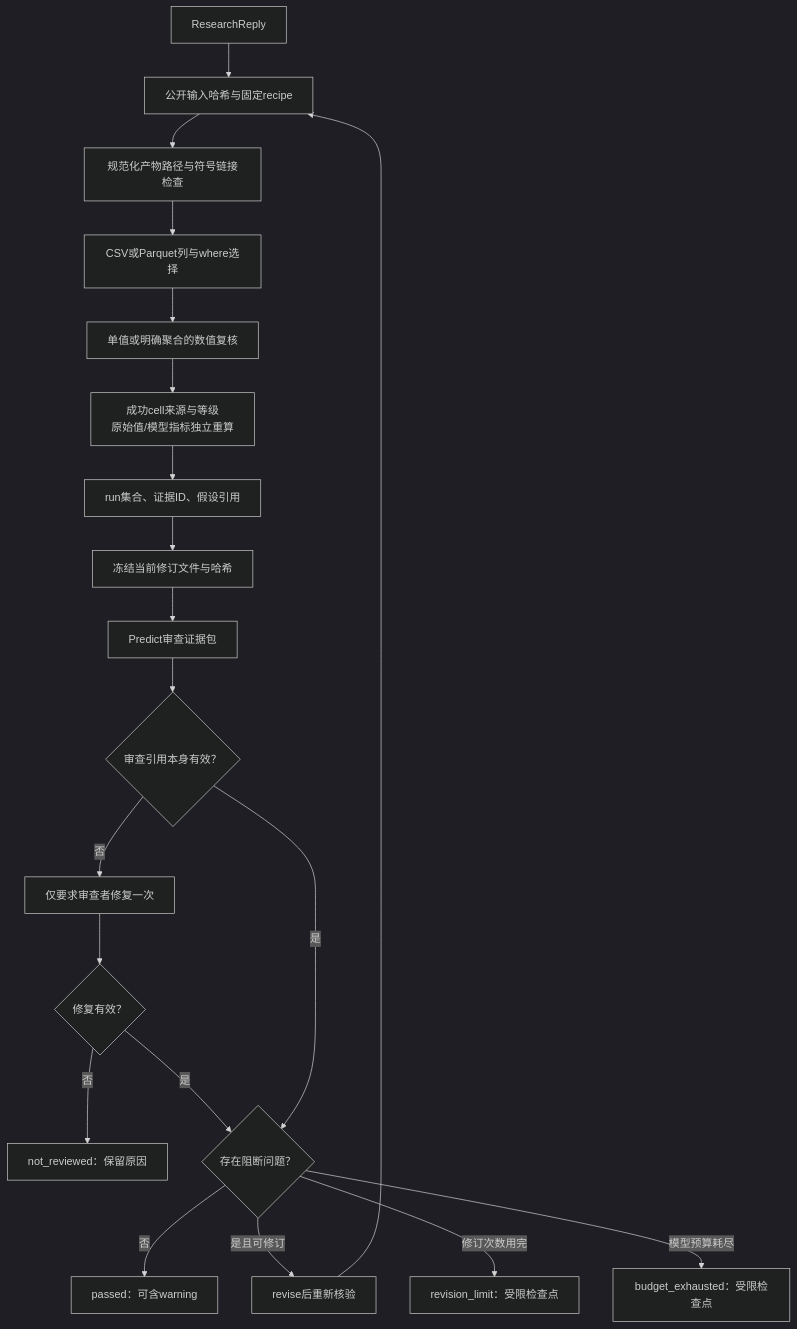
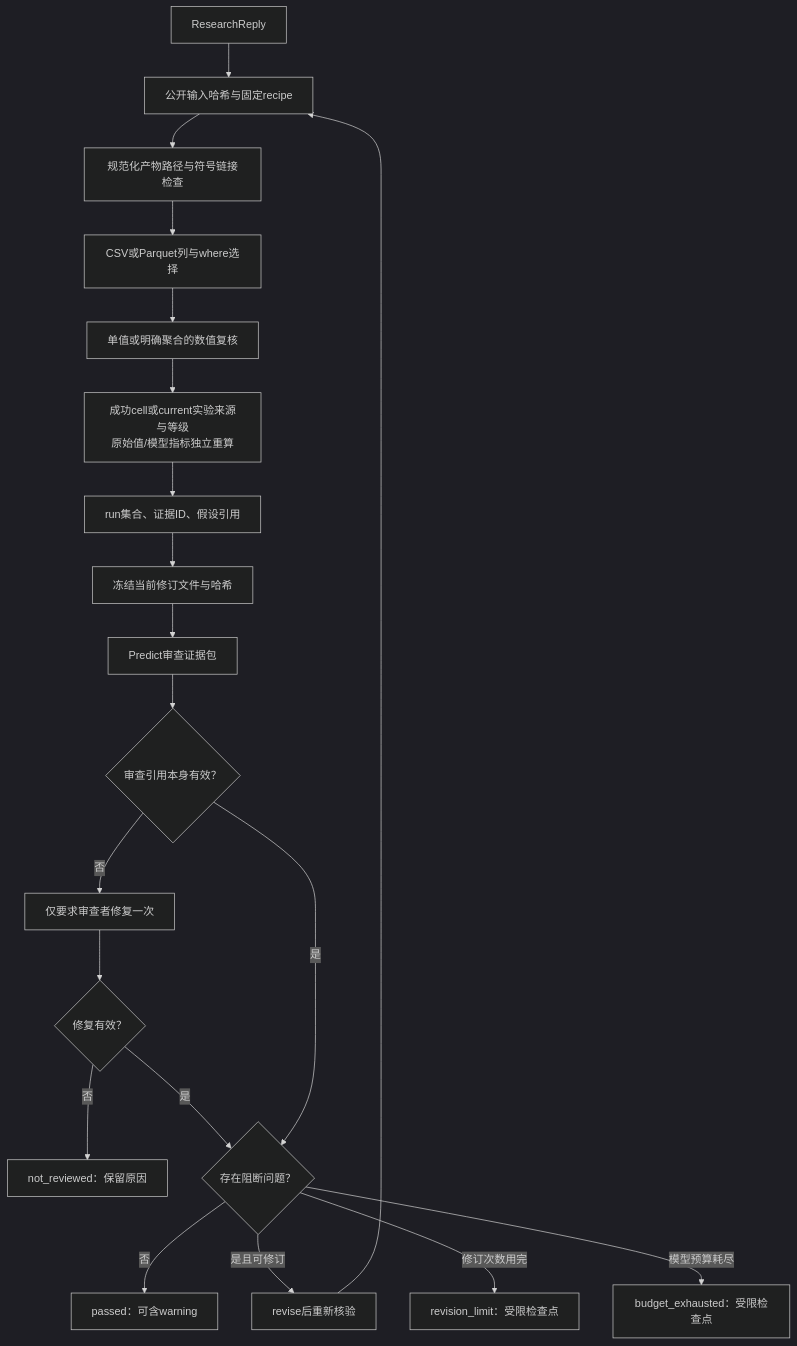
One commit to pty819/nooa-etching-rca changed the diagram in docs/sphinx/diagrams/evidence.mmd. Above: the diagram before and after it, drawn with Mermaid (dark theme). The commit also changed 29 other files, not shown here.

```diff
--- a/docs/sphinx/diagrams/evidence.mmd
+++ b/docs/sphinx/diagrams/evidence.mmd
@@ -1,20 +1,20 @@
 flowchart TB
   R[ResearchReply] --> S[公开输入哈希与固定recipe]
   S --> P[规范化产物路径与符号链接检查]
   P --> C[CSV或Parquet列与where选择]
   C --> N[单值或明确聚合的数值复核]
-  N --> G["成功cell来源与等级<br/>原始值/模型指标独立重算"]
+  N --> G["成功cell或current实验来源与等级<br/>原始值/模型指标独立重算"]
   G --> H[run集合、证据ID、假设引用]
   H --> F[冻结当前修订文件与哈希]
   F --> Q[Predict审查证据包]
   Q --> K{审查引用本身有效？}
   K -->|否| RR[仅要求审查者修复一次]
   RR --> K2{修复有效？}
   K2 -->|否| NR[not_reviewed：保留原因]
   K2 -->|是| J{存在阻断问题？}
   K -->|是| J
   J -->|否| OK[passed：可含warning]
   J -->|是且可修订| RV[revise后重新核验]
   RV --> S
   J -->|修订次数用完| EX[revision_limit：受限检查点]
   J -->|模型预算耗尽| BX[budget_exhausted：受限检查点]
```
